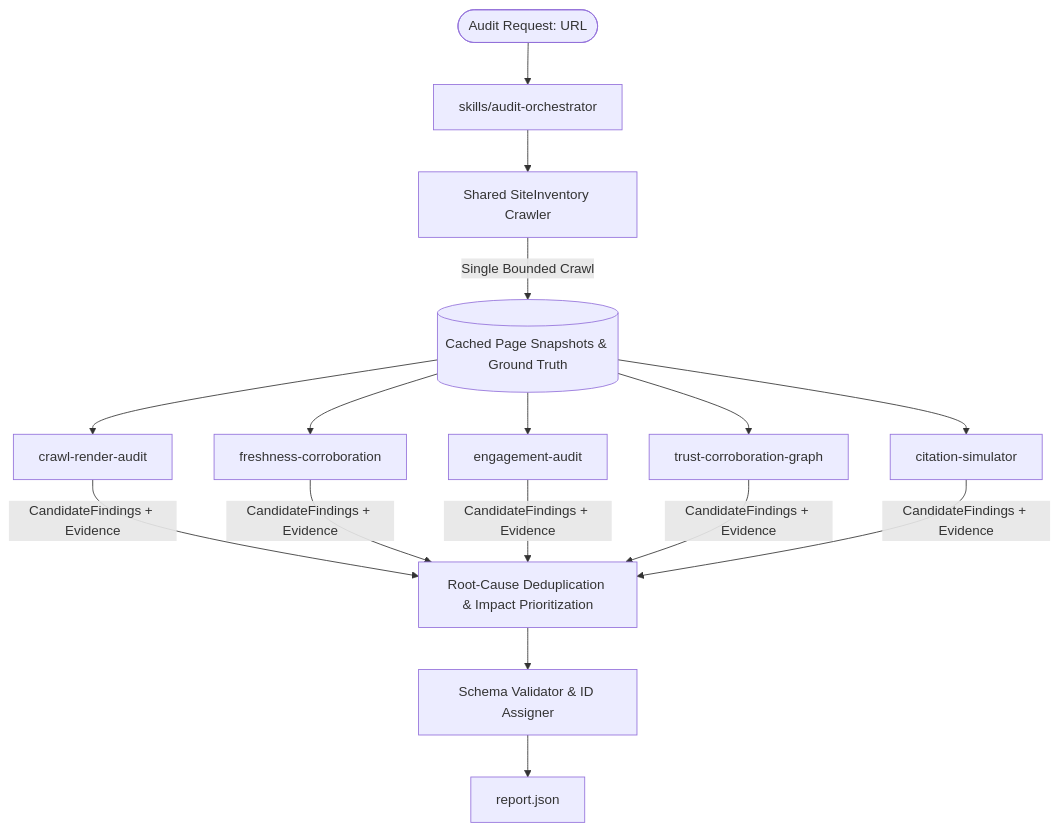
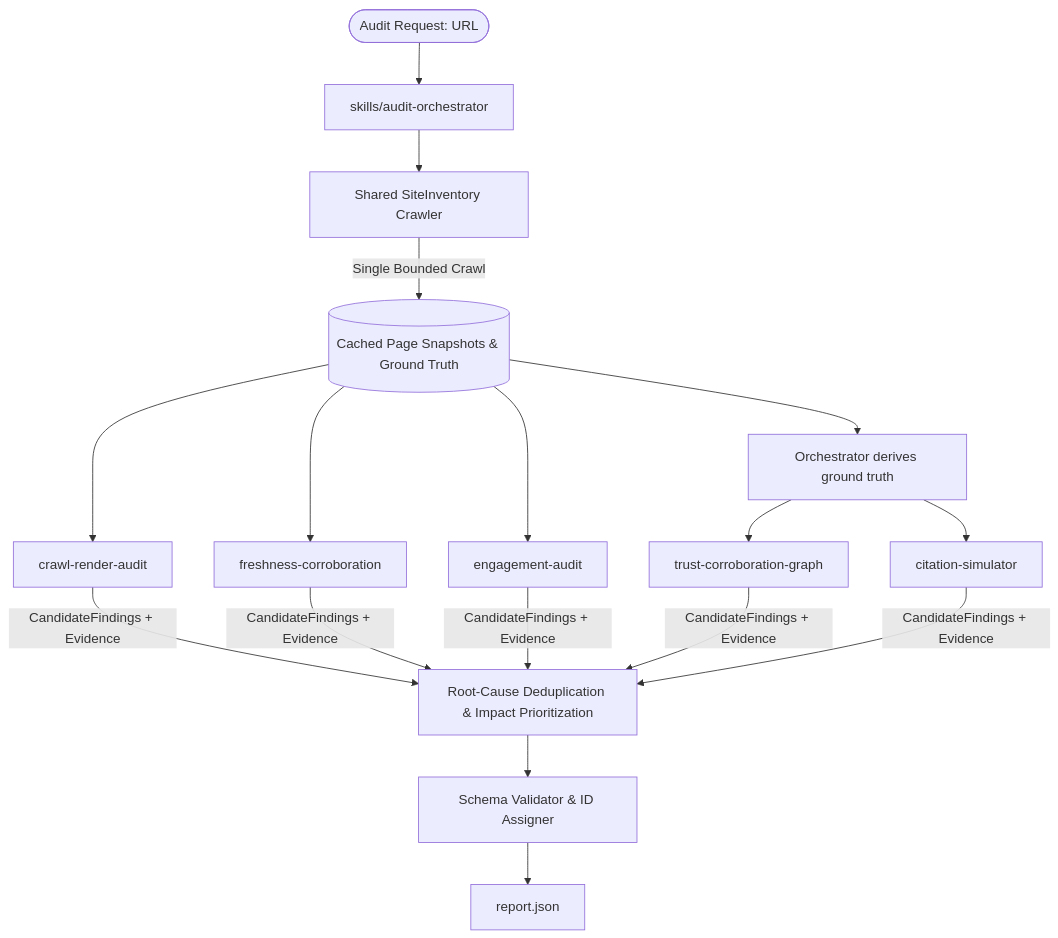
One commit to hardikguptaofficialgit/citesense changed the diagram in README.md. Above: the diagram before and after it, drawn with Mermaid. The commit also changed other lines of this file and 93 other files, not shown here.

````diff
--- a/README.md
+++ b/README.md
@@ -13,21 +13,22 @@
 ```mermaid
 graph TD
     User([Audit Request: URL]) --> Orchestrator[skills/audit-orchestrator]
     Orchestrator --> SiteInventory[Shared SiteInventory Crawler]
     SiteInventory -->|Single Bounded Crawl| Snapshots[(Cached Page Snapshots & Ground Truth)]
     
     Snapshots --> Skill1[crawl-render-audit]
     Snapshots --> Skill2[freshness-corroboration]
     Snapshots --> Skill3[engagement-audit]
-    Snapshots --> Skill4[trust-corroboration-graph]
-    Snapshots --> Skill5[citation-simulator]
+    Snapshots --> Orchestrator2[Orchestrator derives ground truth]
+    Orchestrator2 --> Skill4[trust-corroboration-graph]
+    Orchestrator2 --> Skill5[citation-simulator]
     
     Skill1 -->|CandidateFindings + Evidence| Dedup[Root-Cause Deduplication & Impact Prioritization]
     Skill2 -->|CandidateFindings + Evidence| Dedup
     Skill3 -->|CandidateFindings + Evidence| Dedup
     Skill4 -->|CandidateFindings + Evidence| Dedup
     Skill5 -->|CandidateFindings + Evidence| Dedup
     
     Dedup --> Validator[Schema Validator & ID Assigner]
     Validator --> FinalReport[report.json]
 ```
````
